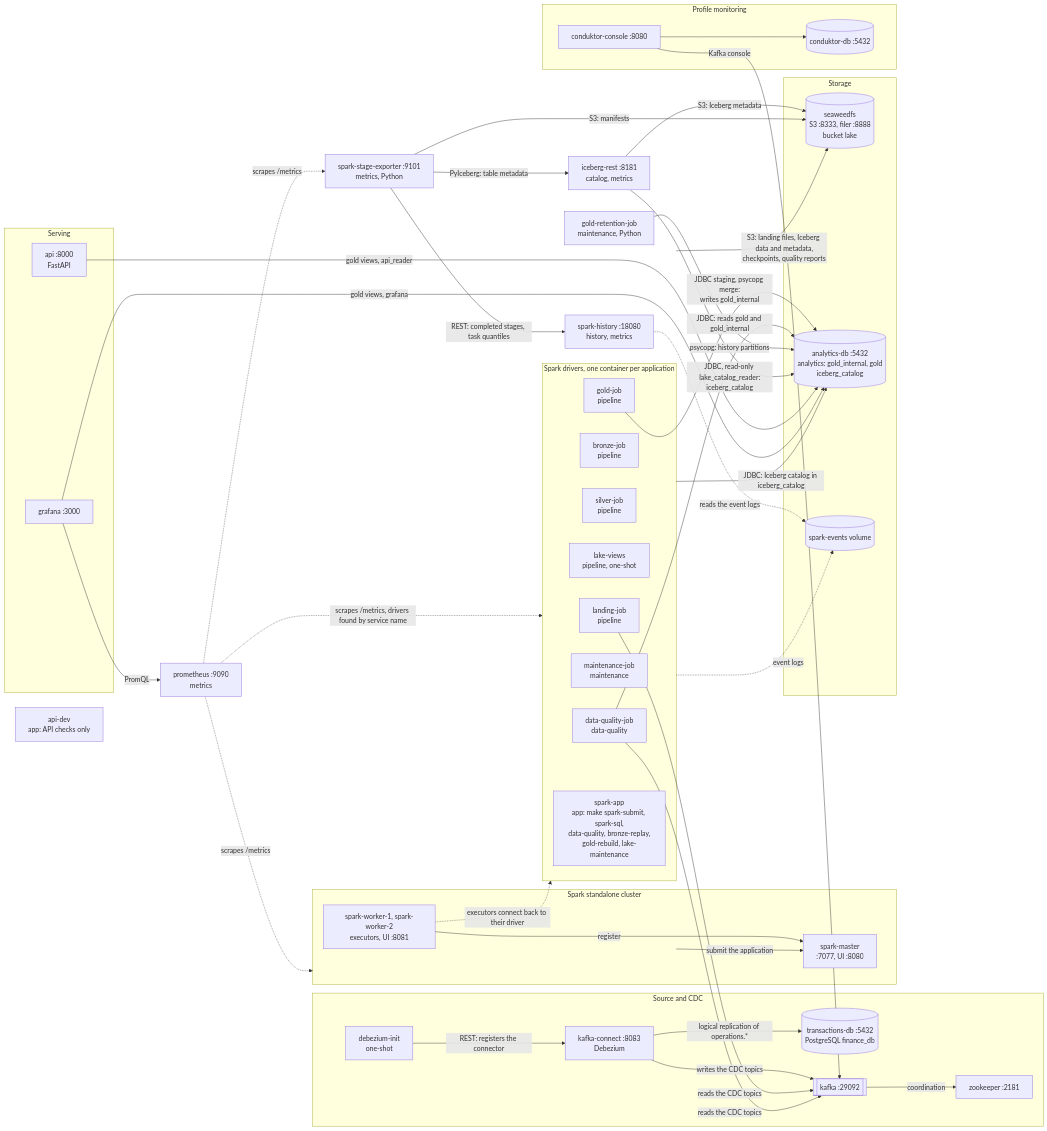
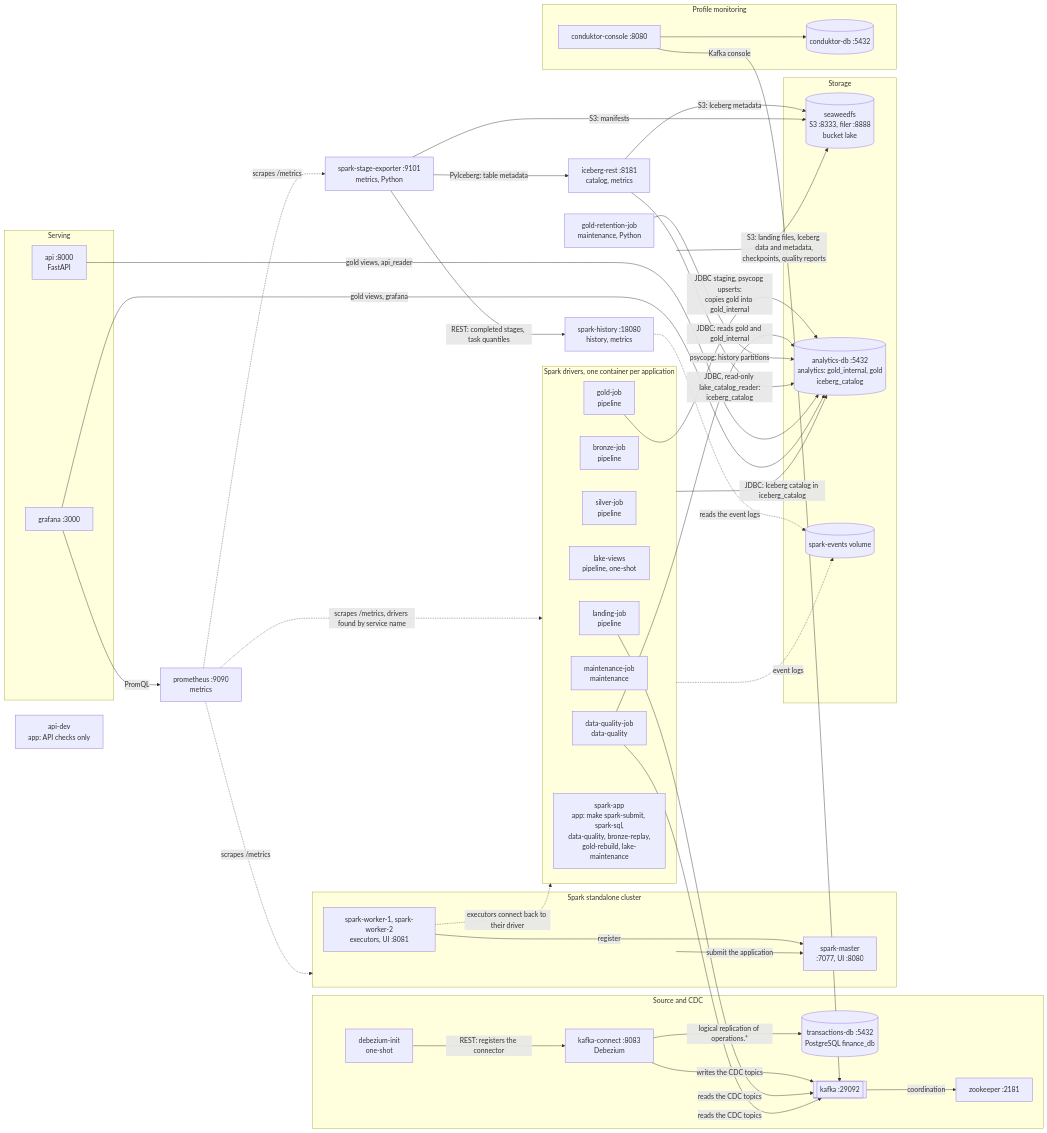
Before and after one commit to jonathan5p/deel-home-task: the first of 4 diagrams in docs/architecture/overview.md, drawn with Mermaid. The commit also changed other lines of this file and 2 other files, not shown here.

Commit message:
docs(architecture): show the gold Iceberg tables and the PostgreSQL copy in the overview, sizing and production pages

```diff
--- a/docs/architecture/overview.md
+++ b/docs/architecture/overview.md
@@ -111,7 +111,7 @@
     dq -- "reads the CDC topics" --> kafka
     drivers -- "S3: landing files, Iceberg data and metadata,<br/>checkpoints, quality reports" --> s3
     drivers -- "JDBC: Iceberg catalog in iceberg_catalog" --> adb
-    goldjob -- "JDBC staging, psycopg merge:<br/>writes gold_internal" --> adb
+    goldjob -- "JDBC staging, psycopg upserts:<br/>copies gold into gold_internal" --> adb
     dq -- "JDBC: reads gold and gold_internal" --> adb
     retention -- "psycopg: history partitions" --> adb
     drivers -. "event logs" .-> events
```
